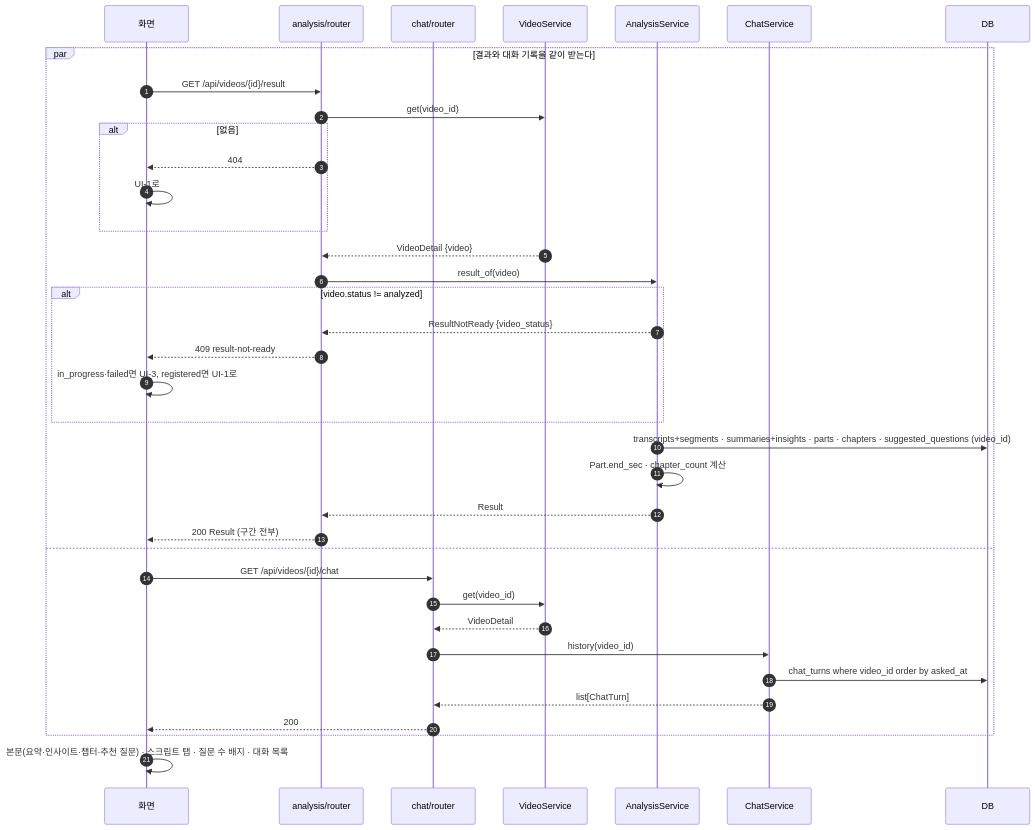
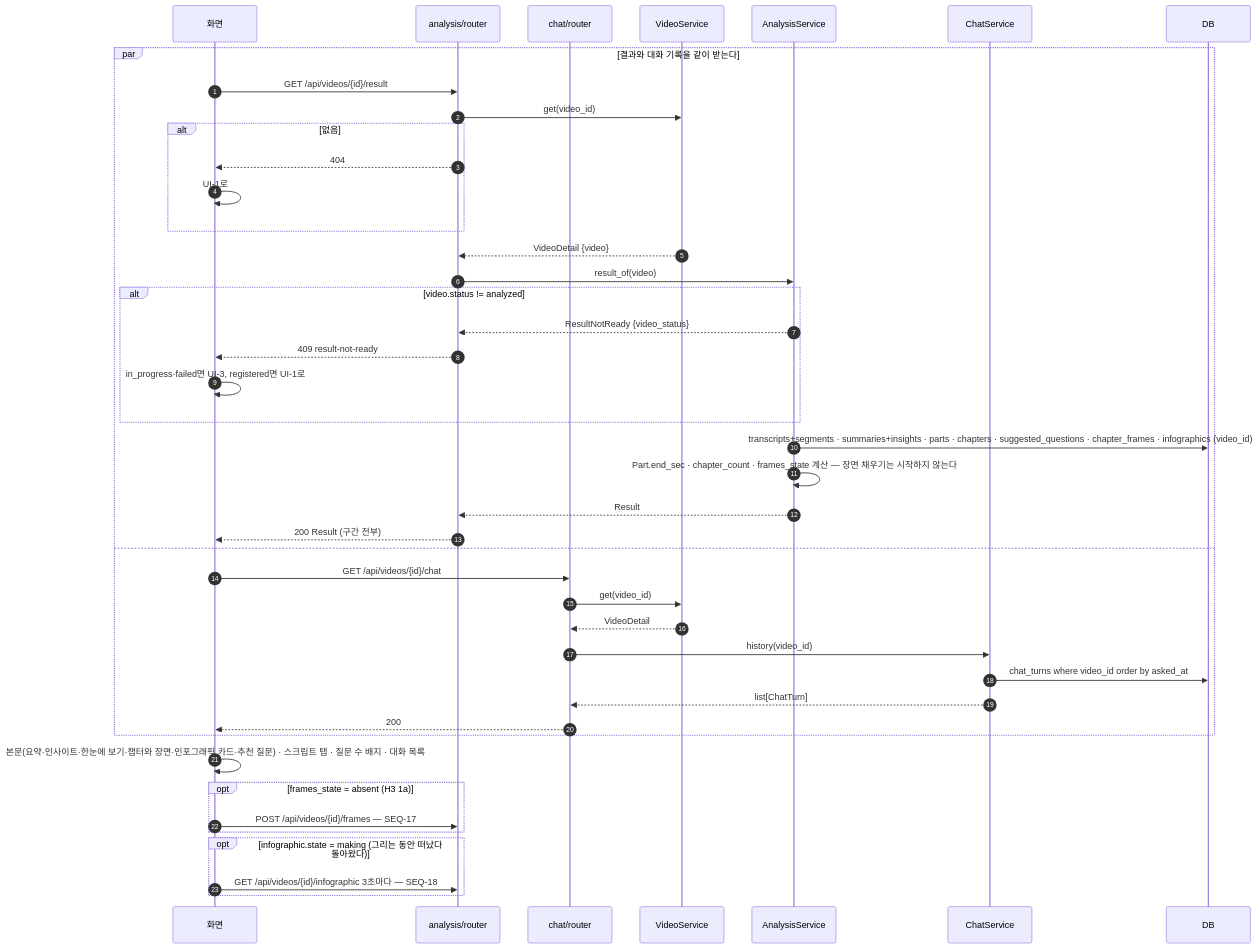
Before and after one commit to HoyoungParkme/video-agent: the eighth of 19 diagrams in docs/specs/09-SEQ/VA-SEQ-001.md, drawn with Mermaid. The commit also changed other lines of this file, not shown here.

First line of the commit message:
결과 그림 · 파일 올리기 시퀀스 — 새 흐름 넷(SEQ-15 올리기 · SEQ-16 장면 단계와 끝 · SEQ-17 옛 결과 장면 채우기 · SEQ-18 인포그래픽 맡기기), 폴링이 장면 칸을 받고 · 결과가 채우기 · 인포그래픽을 잇고 · 내보내기가 그림을 복사하고 · 삭제가 뒤 일을 멈추고 · 시작이 사본을 청소한다, 되먹일 것 9~11

````diff
--- a/docs/specs/09-SEQ/VA-SEQ-001.md
+++ b/docs/specs/09-SEQ/VA-SEQ-001.md
@@ -567,40 +584,46 @@
 ```mermaid
 sequenceDiagram
     autonumber
     participant W as 화면
     participant RA as analysis/router
     participant RC as chat/router
     participant VS as VideoService
     participant AS as AnalysisService
     participant CS as ChatService
     participant DB
 
     par 결과와 대화 기록을 같이 받는다
         W->>RA: GET /api/videos/{id}/result
         RA->>VS: get(video_id)
         alt 없음
             RA-->>W: 404
             W->>W: UI-1로
         end
         VS-->>RA: VideoDetail {video}
         RA->>AS: result_of(video)
         alt video.status != analyzed
             AS-->>RA: ResultNotReady {video_status}
             RA-->>W: 409 result-not-ready
             W->>W: in_progress·failed면 UI-3, registered면 UI-1로
         end
-        AS->>DB: transcripts+segments · summaries+insights · parts · chapters · suggested_questions (video_id)
-        AS->>AS: Part.end_sec · chapter_count 계산
+        AS->>DB: transcripts+segments · summaries+insights · parts · chapters · suggested_questions · chapter_frames · infographics (video_id)
+        AS->>AS: Part.end_sec · chapter_count · frames_state 계산 — 장면 채우기는 시작하지 않는다
         AS-->>RA: Result
         RA-->>W: 200 Result (구간 전부)
     and
         W->>RC: GET /api/videos/{id}/chat
         RC->>VS: get(video_id)
         VS-->>RC: VideoDetail
         RC->>CS: history(video_id)
         CS->>DB: chat_turns where video_id order by asked_at
         CS-->>RC: list[ChatTurn]
         RC-->>W: 200
     end
-    W->>W: 본문(요약·인사이트·챕터·추천 질문) · 스크립트 탭 · 질문 수 배지 · 대화 목록
+    W->>W: 본문(요약·인사이트·한눈에 보기·챕터와 장면·인포그래픽 카드·추천 질문) · 스크립트 탭 · 질문 수 배지 · 대화 목록
+    opt frames_state = absent (H3 1a)
+        W->>RA: POST /api/videos/{id}/frames — SEQ-17
+    end
+    opt infographic.state = making (그리는 동안 떠났다 돌아왔다)
+        W->>RA: GET /api/videos/{id}/infographic 3초마다 — SEQ-18
+    end
 ```
````
